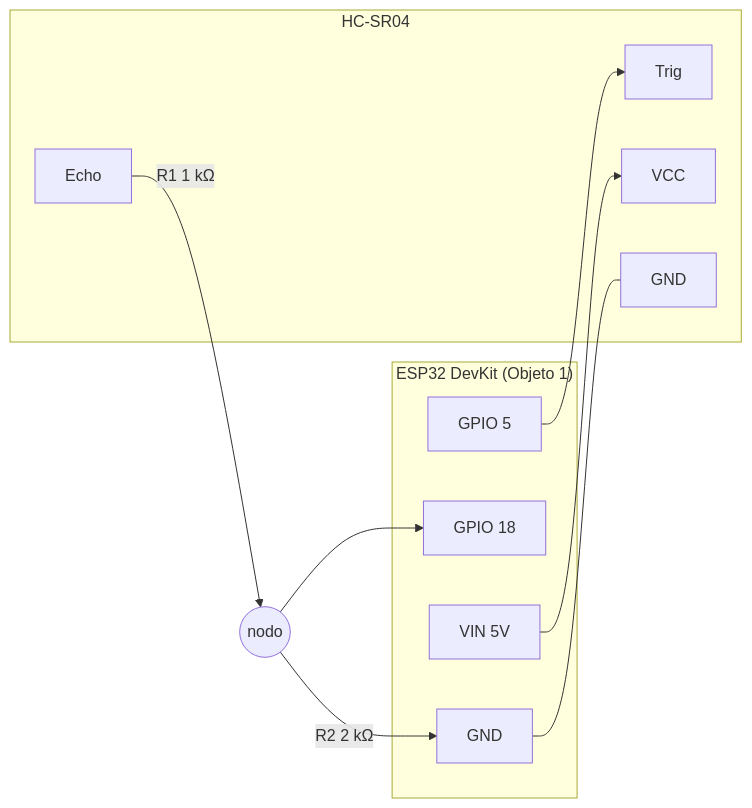
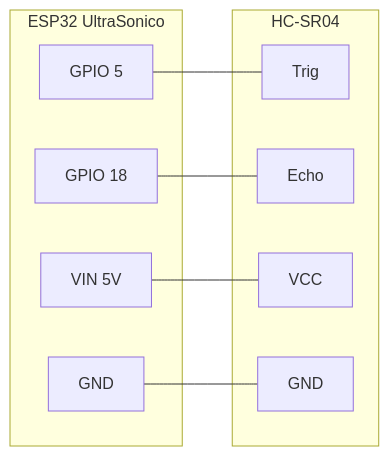
The second of 6 diagrams in README.md (JesusxAriel/Practica2IoTGrupo7), drawn with Mermaid before and after one commit. The commit also changed other lines of this file, not shown here.

````diff
--- a/README.md
+++ b/README.md
@@ -153,21 +165,21 @@
 ```mermaid
 flowchart LR
-    subgraph ESP["ESP32 DevKit (Objeto 1)"]
+    subgraph ESP["ESP32 UltraSonico"]
         P5["GPIO 5"]
         P18["GPIO 18"]
         V5["VIN 5V"]
         G["GND"]
     end
+
     subgraph HC["HC-SR04"]
         TRIG["Trig"]
         ECHO["Echo"]
         VCC["VCC"]
         GND2["GND"]
     end
-    P5 --> TRIG
-    ECHO -- "R1 1 kΩ" --> N(("nodo"))
-    N --> P18
-    N -- "R2 2 kΩ" --> G
-    V5 --> VCC
+
+    P5 --- TRIG
+    P18 --- ECHO
+    V5 --- VCC
     G --- GND2
 ```
````
